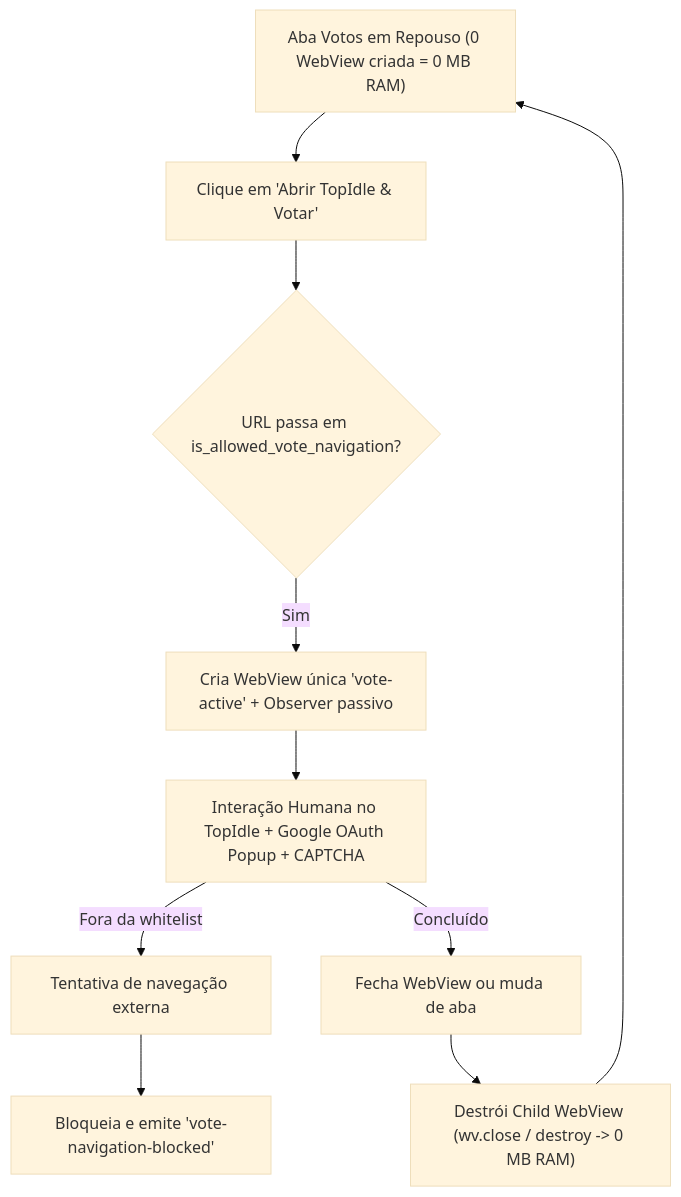
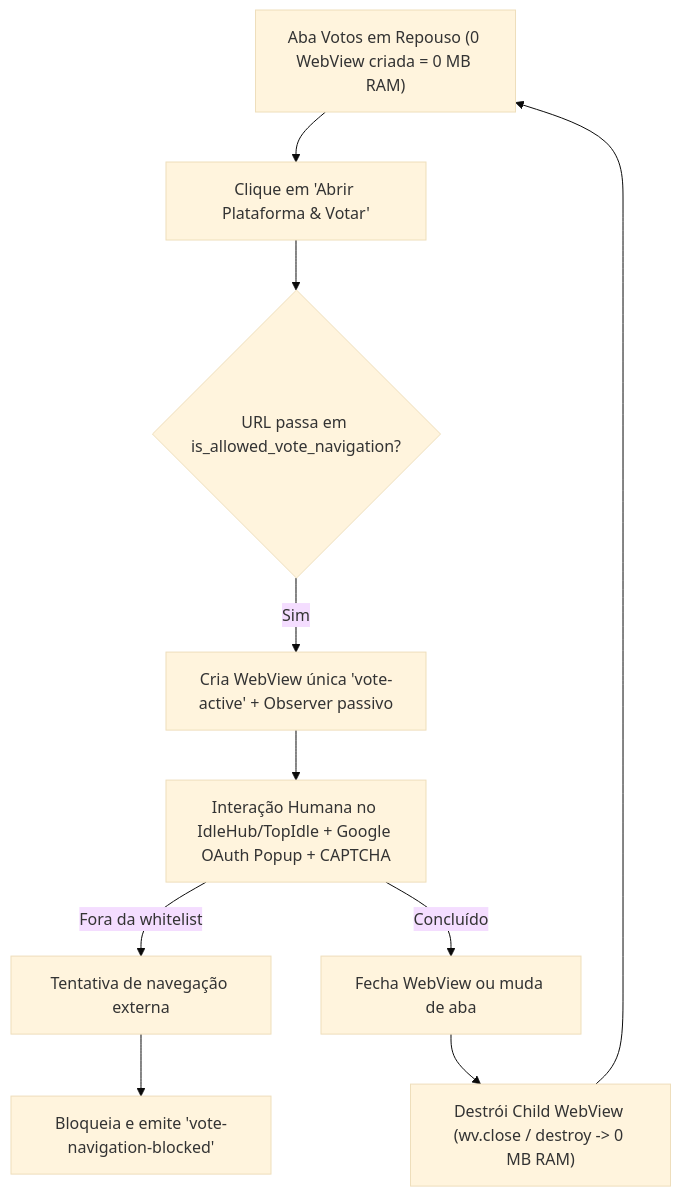
One commit to GabrielGamaBaptista/IdleStream changed the first of 3 diagrams in Docs/09-sistema-de-votos.md. Above: the diagram before and after it, drawn with Mermaid (base theme). The commit also changed other lines of this file and 36 other files, not shown here.

````diff
--- a/Docs/09-sistema-de-votos.md
+++ b/Docs/09-sistema-de-votos.md
@@ -60,17 +60,17 @@
 ```mermaid
 flowchart TD
     Dashboard["Aba Votos em Repouso (0 WebView criada = 0 MB RAM)"]
-    ClickVote["Clique em 'Abrir TopIdle & Votar'"]
+    ClickVote["Clique em 'Abrir Plataforma & Votar'"]
     PolicyCheck{"URL passa em is_allowed_vote_navigation?"}
     SpawnWV["Cria WebView única 'vote-active' + Observer passivo"]
-    TopIdleFlow["Interação Humana no TopIdle + Google OAuth Popup + CAPTCHA"]
+    IdleHubFlow["Interação Humana no IdleHub/TopIdle + Google OAuth Popup + CAPTCHA"]
     ExternalClick["Tentativa de navegação externa"]
     BlockedEvt["Bloqueia e emite 'vote-navigation-blocked'"]
     CloseOrTab["Fecha WebView ou muda de aba"]
     DestroyWV["Destrói Child WebView (wv.close / destroy -> 0 MB RAM)"]
 
     Dashboard --> ClickVote --> PolicyCheck
-    PolicyCheck -- Sim --> SpawnWV --> TopIdleFlow
-    TopIdleFlow -- "Fora da whitelist" --> ExternalClick --> BlockedEvt
-    TopIdleFlow -- Concluído --> CloseOrTab --> DestroyWV --> Dashboard
+    PolicyCheck -- Sim --> SpawnWV --> IdleHubFlow
+    IdleHubFlow -- "Fora da whitelist" --> ExternalClick --> BlockedEvt
+    IdleHubFlow -- Concluído --> CloseOrTab --> DestroyWV --> Dashboard
 ```
````
